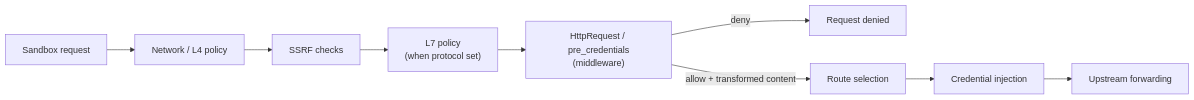
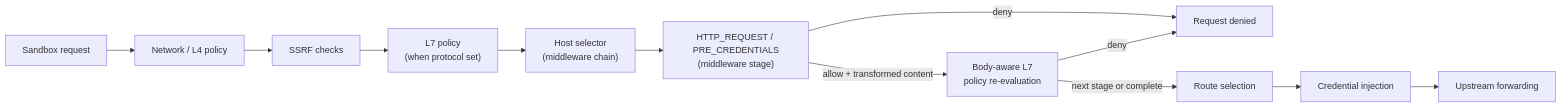
Before and after one commit to NVIDIA/OpenShell: the second of 2 diagrams in rfc/0009-supervisor-middleware/README.md, drawn with Mermaid. The commit also changed other lines of this file and 2 other files, not shown here.

Commit message:
docs(rfc): align supervisor middleware design

````diff
--- a/rfc/0009-supervisor-middleware/README.md
+++ b/rfc/0009-supervisor-middleware/README.md
@@ -103,11 +110,14 @@
 ```mermaid
 graph LR
     REQ["Sandbox request"] --> L4["Network / L4 policy"]
     L4 --> SSRF["SSRF checks"]
     SSRF --> L7["L7 policy<br/>(when protocol set)"]
-    L7 --> HOOK["HttpRequest / pre_credentials<br/>(middleware)"]
+    L7 --> SELECT["Host selector<br/>(middleware chain)"]
+    SELECT --> HOOK["HTTP_REQUEST / PRE_CREDENTIALS<br/>(middleware stage)"]
     HOOK -->|"deny"| DENY["Request denied"]
-    HOOK -->|"allow + transformed content"| ROUTE["Route selection"]
+    HOOK -->|"allow + transformed content"| RECHECK["Body-aware L7<br/>policy re-evaluation"]
+    RECHECK -->|"deny"| DENY
+    RECHECK -->|"next stage or complete"| ROUTE["Route selection"]
     ROUTE --> CRED["Credential injection"]
     CRED --> UP["Upstream forwarding"]
 ```
````
